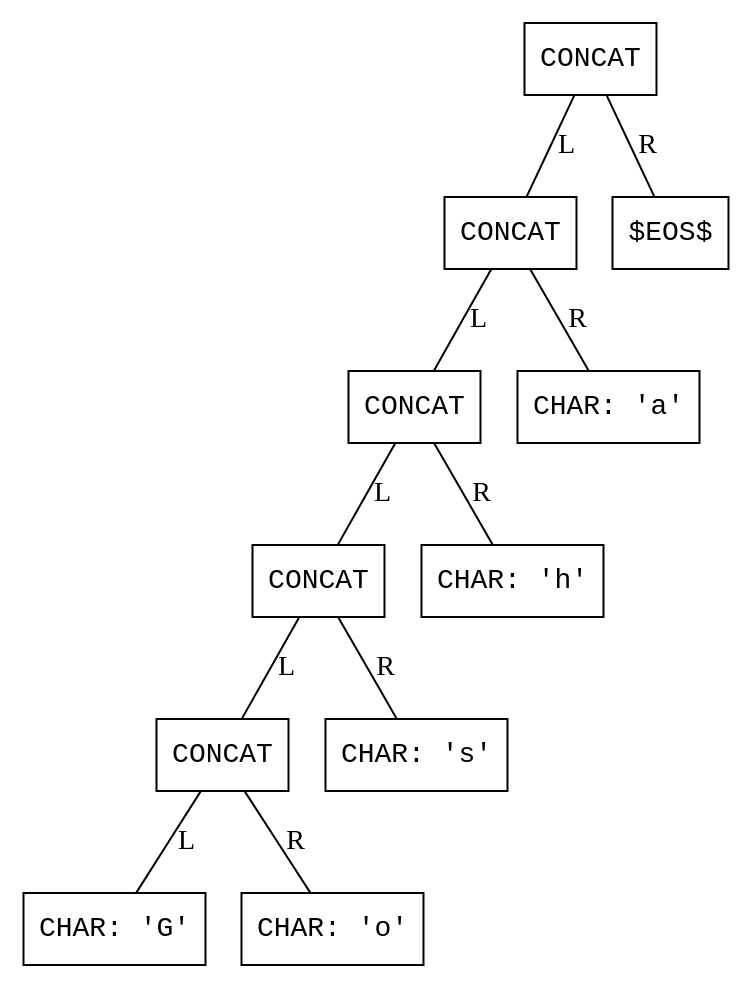
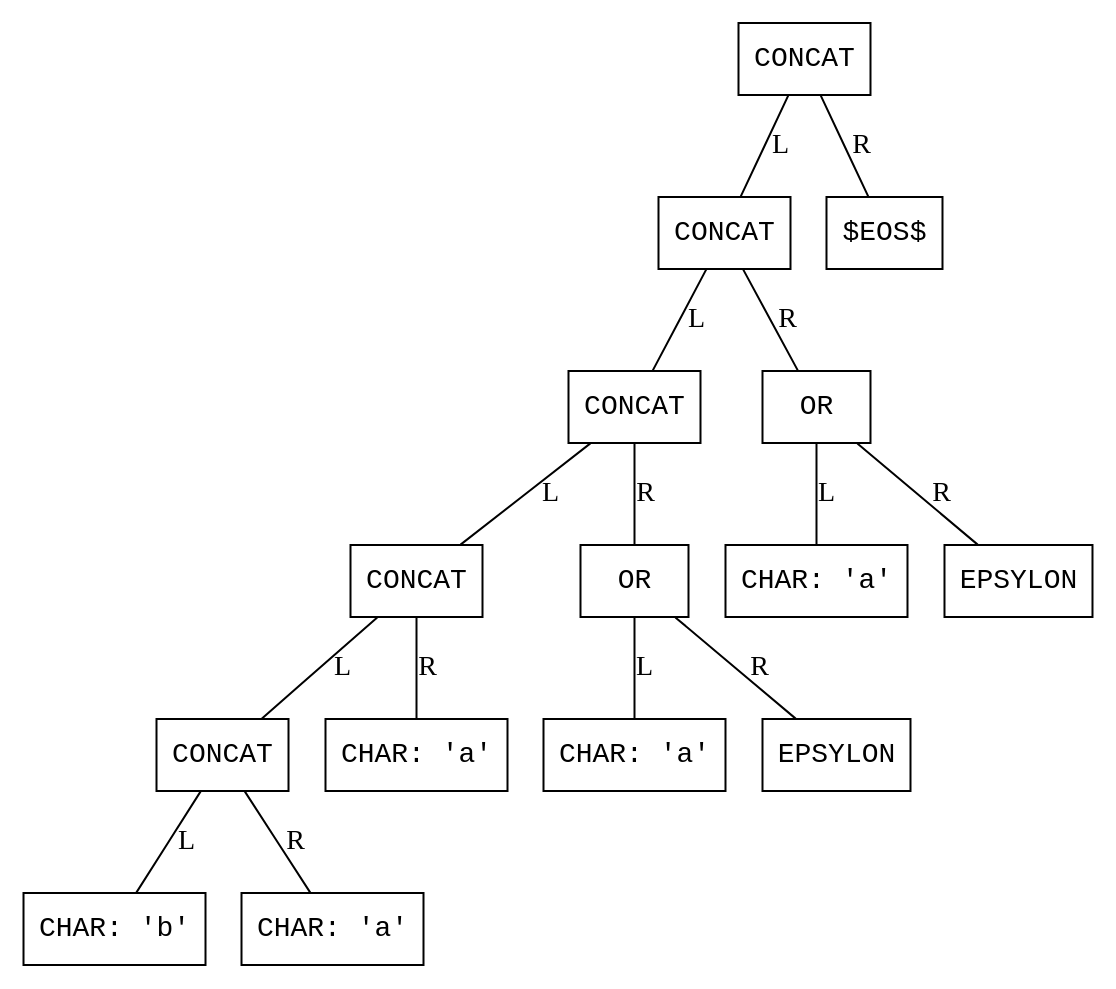
Before and after one commit to HotHeadd/automata25_mephi: the diagram in 2/visuals/ast.dot, drawn with Graphviz. The commit also changed 7 other files, not shown here.

```diff
--- a/2/visuals/ast.dot
+++ b/2/visuals/ast.dot
@@ -1,26 +1,34 @@
 digraph AST {
   node [shape=box, fontname="Courier"];
   edge [arrowhead=none];
 
   0 [label="CONCAT"];
   1 [label="CONCAT"];
   2 [label="CONCAT"];
   3 [label="CONCAT"];
   4 [label="CONCAT"];
-  5 [label="CHAR: 'G'"];
+  5 [label="CHAR: 'b'"];
   4 -> 5 [label="L"];
-  6 [label="CHAR: 'o'"];
+  6 [label="CHAR: 'a'"];
   4 -> 6 [label="R"];
   3 -> 4 [label="L"];
-  7 [label="CHAR: 's'"];
+  7 [label="CHAR: 'a'"];
   3 -> 7 [label="R"];
   2 -> 3 [label="L"];
-  8 [label="CHAR: 'h'"];
+  8 [label="OR"];
+  9 [label="CHAR: 'a'"];
+  8 -> 9 [label="L"];
+  10 [label="EPSYLON"];
+  8 -> 10 [label="R"];
   2 -> 8 [label="R"];
   1 -> 2 [label="L"];
-  9 [label="CHAR: 'a'"];
-  1 -> 9 [label="R"];
+  11 [label="OR"];
+  12 [label="CHAR: 'a'"];
+  11 -> 12 [label="L"];
+  13 [label="EPSYLON"];
+  11 -> 13 [label="R"];
+  1 -> 11 [label="R"];
   0 -> 1 [label="L"];
-  10 [label="$EOS$"];
-  0 -> 10 [label="R"];
+  14 [label="$EOS$"];
+  0 -> 14 [label="R"];
 }
```
